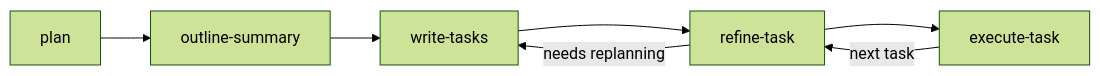
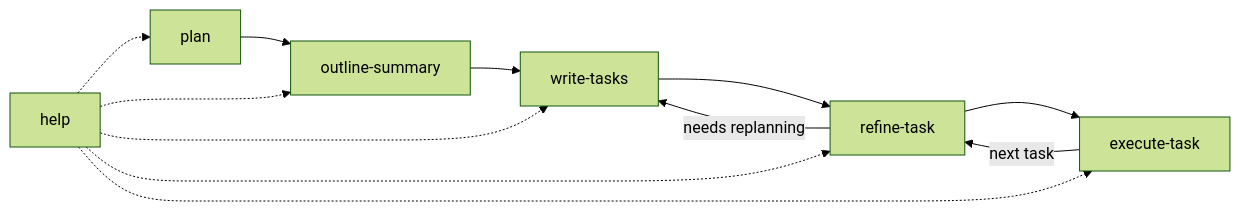
Before and after one commit to therealkevinard/claude-marketplace: the diagram in plugins/kevins-okay-workflow/README.md, drawn with Mermaid (forest theme). The commit also changed other lines of this file and 3 other files, not shown here.

````diff
--- a/plugins/kevins-okay-workflow/README.md
+++ b/plugins/kevins-okay-workflow/README.md
@@ -28,9 +28,15 @@
 ```mermaid
 graph LR
     A[plan] --> B[outline-summary]
     B --> C[write-tasks]
     C --> D[refine-task]
     D --> E[execute-task]
     E --> |next task| D
     D --> |needs replanning| C
+
+    H[help] -.-> A
+    H -.-> B
+    H -.-> C
+    H -.-> D
+    H -.-> E
 ```
````
